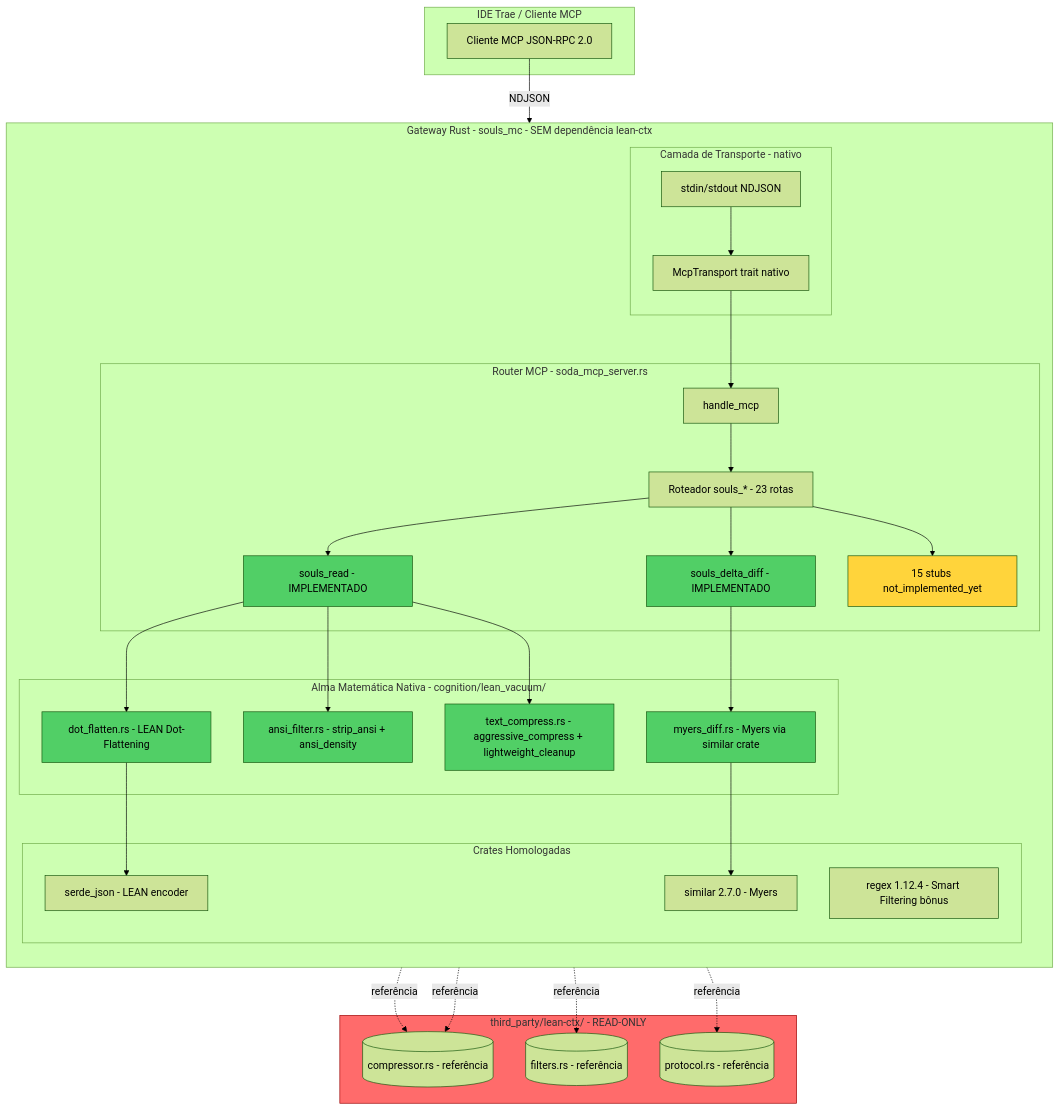
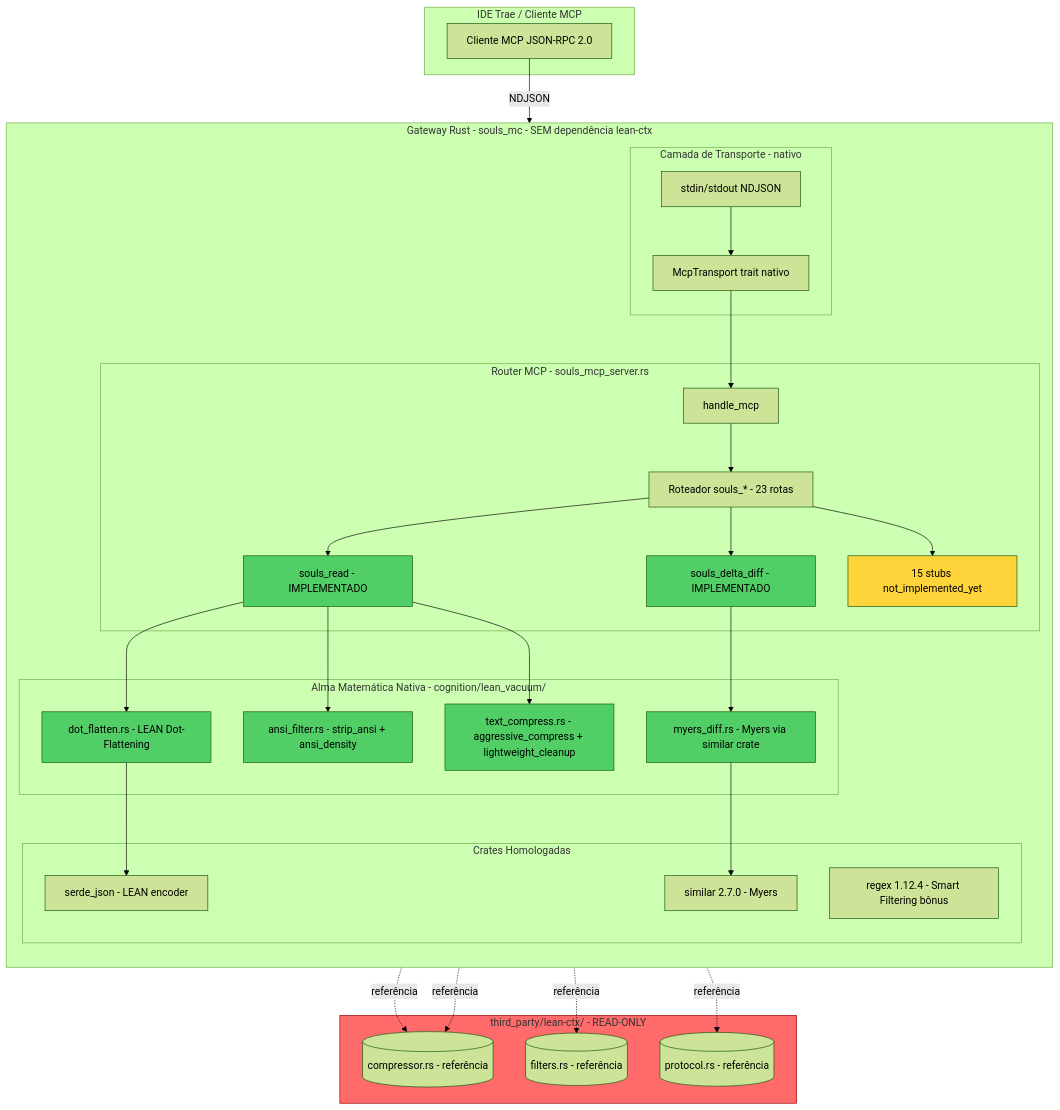
Before and after one commit to brunosrosa/genesis_mc: the first of 2 diagrams in docs/features/feat-lean-mcp-integration/design.md, drawn with Mermaid (forest theme). The commit also changed other lines of this file and 237 other files, not shown here.

Commit message:
feat: implement core Tauri-based architecture including local harvesting, SAST integration, RAG cognition modules, and extensive design documentation

````diff
--- a/docs/features/feat-lean-mcp-integration/design.md
+++ b/docs/features/feat-lean-mcp-integration/design.md
@@ -18,69 +18,69 @@
 ```mermaid
 flowchart TB
     subgraph IDE[IDE Trae / Cliente MCP]
         A1[Cliente MCP JSON-RPC 2.0]
     end
 
-    subgraph SODA[Gateway Rust - souls_mc - SEM dependência lean-ctx]
+    subgraph SOULS[Gateway Rust - souls_mc - SEM dependência lean-ctx]
         direction TB
 
         subgraph M1[Camada de Transporte - nativo]
             T1[stdin/stdout NDJSON]
             T2[McpTransport trait nativo]
         end
 
-        subgraph M2[Router MCP - soda_mcp_server.rs]
+        subgraph M2[Router MCP - souls_mcp_server.rs]
             R1[handle_mcp]
             R2[Roteador souls_* - 23 rotas]
             R3[souls_read - IMPLEMENTADO]
             R4[souls_delta_diff - IMPLEMENTADO]
             R5[15 stubs not_implemented_yet]
         end
 
         subgraph M3[Alma Matemática Nativa - cognition/lean_vacuum/]
             L1[dot_flatten.rs - LEAN Dot-Flattening]
             L2[ansi_filter.rs - strip_ansi + ansi_density]
             L3[myers_diff.rs - Myers via similar crate]
             L4[text_compress.rs - aggressive_compress + lightweight_cleanup]
         end
 
         subgraph M4[Crates Homologadas]
             S1[serde_json - LEAN encoder]
             S2[similar 2.7.0 - Myers]
             S3[regex 1.12.4 - Smart Filtering bônus]
         end
     end
 
     subgraph CADAVER[third_party/lean-ctx/ - READ-ONLY]
         K1[(compressor.rs - referência)]
         K2[(filters.rs - referência)]
         K3[(protocol.rs - referência)]
     end
 
     A1 -->|NDJSON| T1
     T1 --> T2
     T2 --> R1
     R1 --> R2
     R2 --> R3
     R2 --> R4
     R2 --> R5
     R3 --> L1
     R3 --> L2
     R3 --> L4
     R4 --> L3
     L1 --> S1
     L3 --> S2
     L2 -.referência.-> K1
     L2 -.referência.-> K2
     L4 -.referência.-> K1
     L4 -.referência.-> K3
 
     style CADAVER fill:#ff6b6b,stroke:#900
     style R3 fill:#51cf66
     style R4 fill:#51cf66
     style R5 fill:#ffd43b
     style L1 fill:#51cf66
     style L2 fill:#51cf66
     style L3 fill:#51cf66
     style L4 fill:#51cf66
 ```
````
